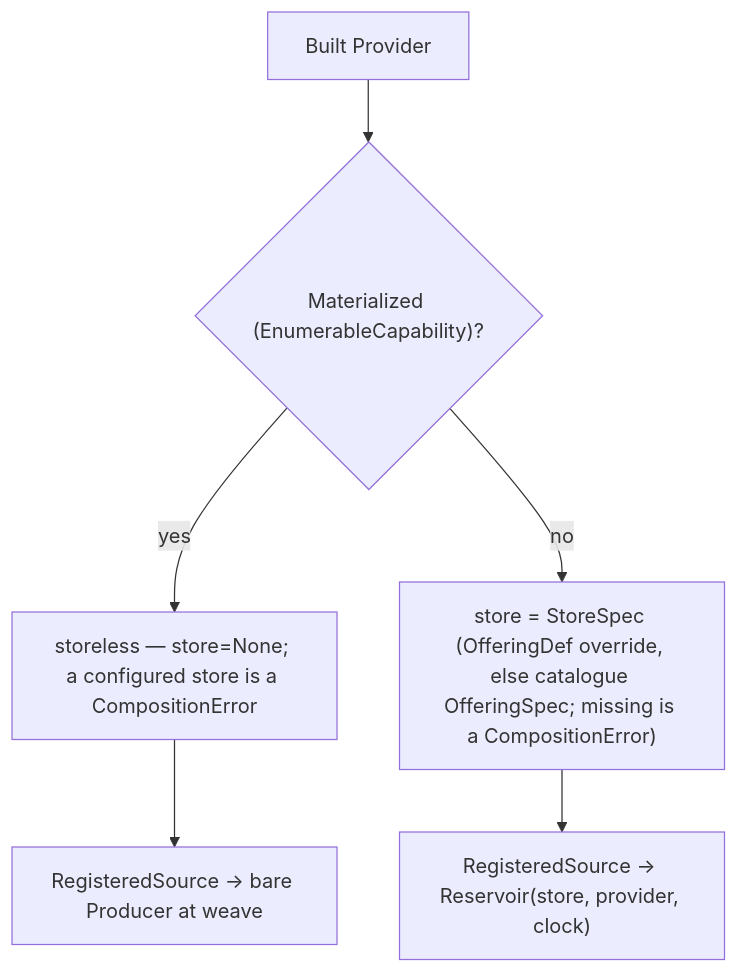
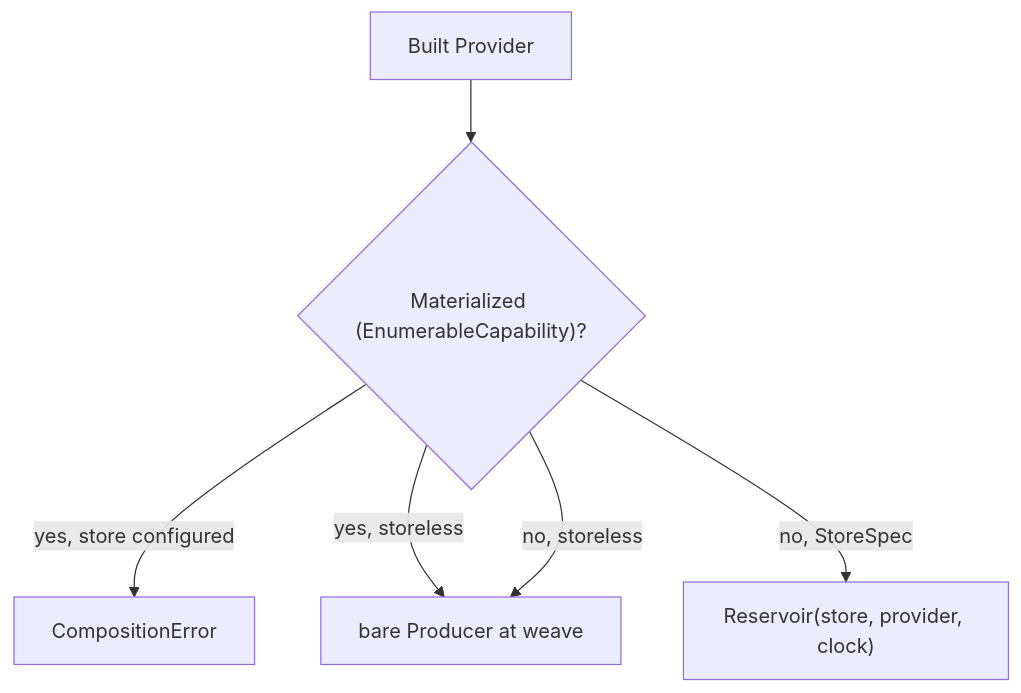
Before and after one commit to dveyarangi/meteoscape: the fourth of 4 diagrams in docs/adr/0005-build-time-composition.md, drawn with Mermaid. The commit also changed other lines of this file and 17 other files, not shown here.

````diff
--- a/docs/adr/0005-build-time-composition.md
+++ b/docs/adr/0005-build-time-composition.md
@@ -88,8 +88,8 @@
 ```mermaid
 flowchart TD
   P[Built Provider] --> C{"Materialized (EnumerableCapability)?"}
-  C -->|yes| N["storeless — store=None; a configured store is a CompositionError"]
-  C -->|no| G["store = StoreSpec (OfferingDef override, else catalogue OfferingSpec; missing is a CompositionError)"]
-  N --> S["RegisteredSource → bare Producer at weave"]
-  G --> S2["RegisteredSource → Reservoir(store, provider, clock)"]
+  C -->|yes, store configured| E[CompositionError]
+  C -->|yes, storeless| N[bare Producer at weave]
+  C -->|no, StoreSpec| R["Reservoir(store, provider, clock)"]
+  C -->|no, storeless| N
 ```
````
